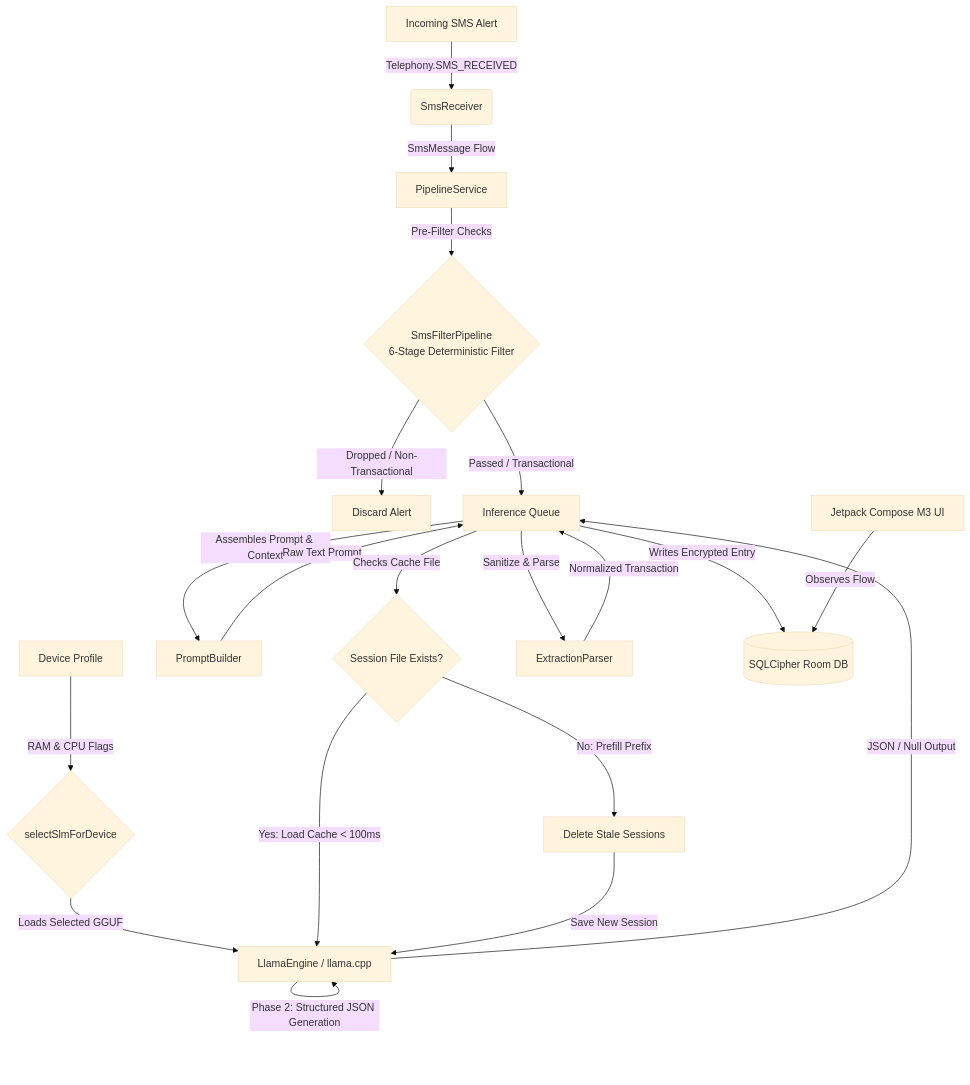
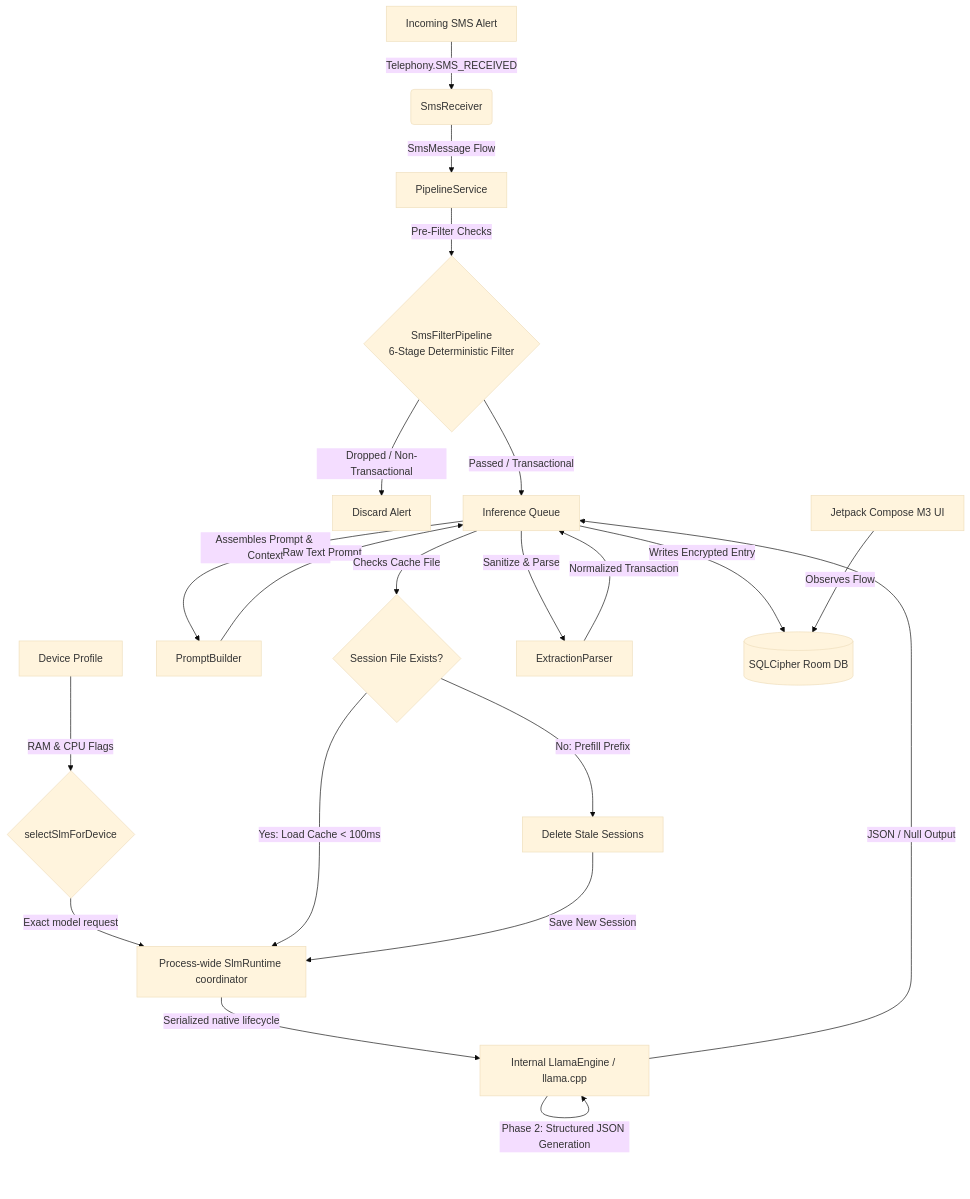
Before and after one commit to ManishAradwad/pocket-financer-android: the diagram in README.md, drawn with Mermaid (base theme). The commit also changed 45 other files, not shown here.

Commit message:
llama inference engine architecture refactor -> coordinator for managing slm engine access to prevent race conditions

````diff
--- a/README.md
+++ b/README.md
@@ -37,23 +37,24 @@
 ```mermaid
 graph TD
     A[Incoming SMS Alert] -->|Telephony.SMS_RECEIVED| B(SmsReceiver)
     B -->|SmsMessage Flow| C[PipelineService]
     C -->|Pre-Filter Checks| FP{SmsFilterPipeline<br>6-Stage Deterministic Filter}
     FP -->|Dropped / Non-Transactional| Discard[Discard Alert]
     FP -->|Passed / Transactional| C2[Inference Queue]
     D[Device Profile] -->|RAM & CPU Flags| SEL{selectSlmForDevice}
-    SEL -->|Loads Selected GGUF| F[LlamaEngine / llama.cpp]
+    SEL -->|Exact model request| R[Process-wide SlmRuntime coordinator]
+    R -->|Serialized native lifecycle| F[Internal LlamaEngine / llama.cpp]
     C2 -->|Assembles Prompt & Context| E[PromptBuilder]
     E -->|Raw Text Prompt| C2
     C2 -->|Checks Cache File| CHK{Session File Exists?}
-    CHK -->|Yes: Load Cache < 100ms| F
+    CHK -->|Yes: Load Cache < 100ms| R
     CHK -->|No: Prefill Prefix| DEL[Delete Stale Sessions]
-    DEL -->|Save New Session| F
+    DEL -->|Save New Session| R
     F -->|Phase 1: Chain of Thought Reasoning| F
     F -->|Phase 2: Structured JSON Generation| F
     F -->|JSON / Null Output| C2
     C2 -->|Sanitize & Parse| G[ExtractionParser]
     G -->|Normalized Transaction| C2
     C2 -->|Writes Encrypted Entry| H[(SQLCipher Room DB)]
     I[Jetpack Compose M3 UI] -->|Observes Flow| H
 ```
````
